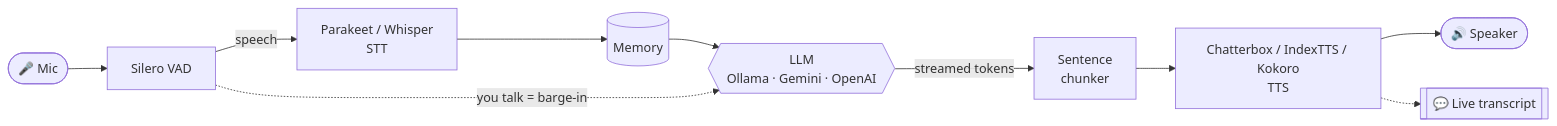
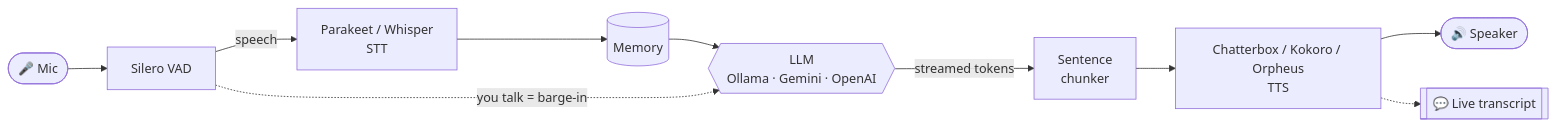
One commit to xulqar9/VCB changed the diagram in README.md. Above: the diagram before and after it, drawn with Mermaid. The commit also changed other lines of this file and 43 other files, not shown here.

````diff
--- a/README.md
+++ b/README.md
@@ -245,12 +237,12 @@
 ```mermaid
 flowchart LR
     mic([🎤 Mic]) --> vad[Silero VAD]
     vad -->|speech| stt[Parakeet / Whisper<br/>STT]
     stt --> mem[(Memory)]
     mem --> llm{{LLM<br/>Ollama · Gemini · OpenAI}}
     llm -->|streamed tokens| chunk[Sentence<br/>chunker]
-    chunk --> tts[Chatterbox / IndexTTS / Kokoro<br/>TTS]
+    chunk --> tts[Chatterbox / Kokoro / Orpheus<br/>TTS]
     tts --> spk([🔊 Speaker])
     tts -.-> chat[[💬 Live transcript]]
     vad -.->|you talk = barge-in| llm
 ```
````
